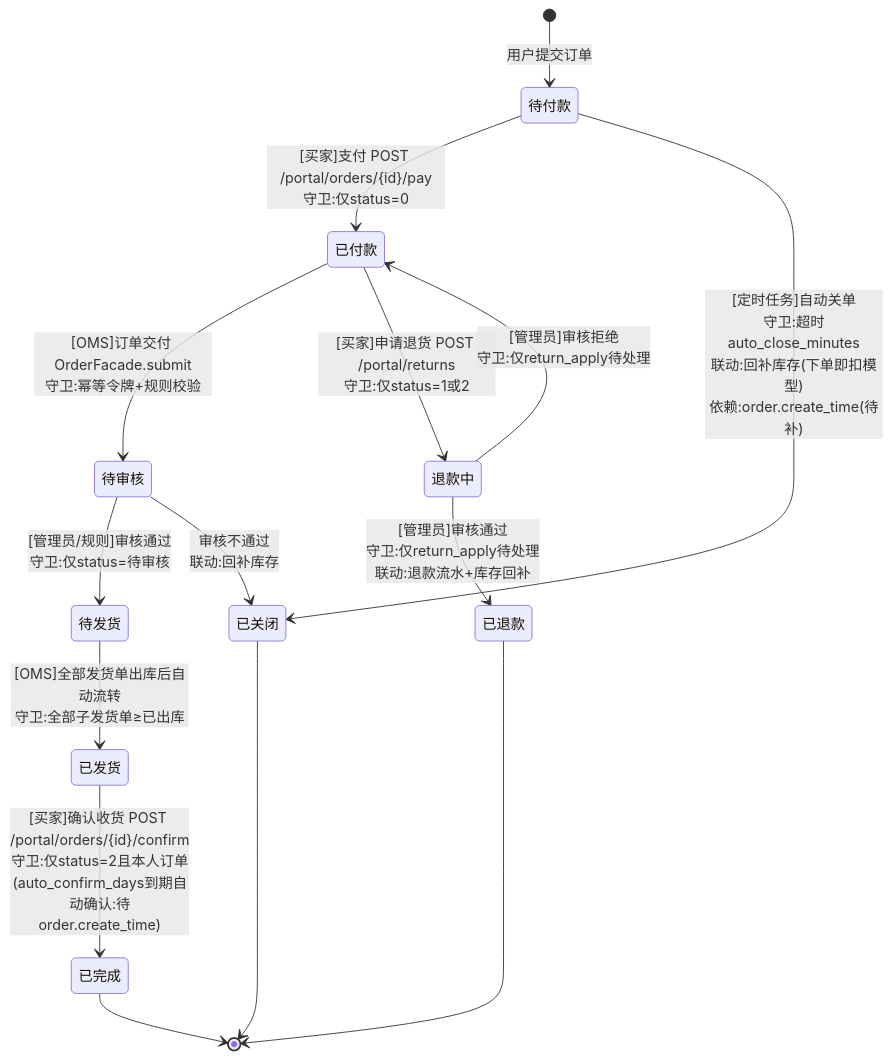
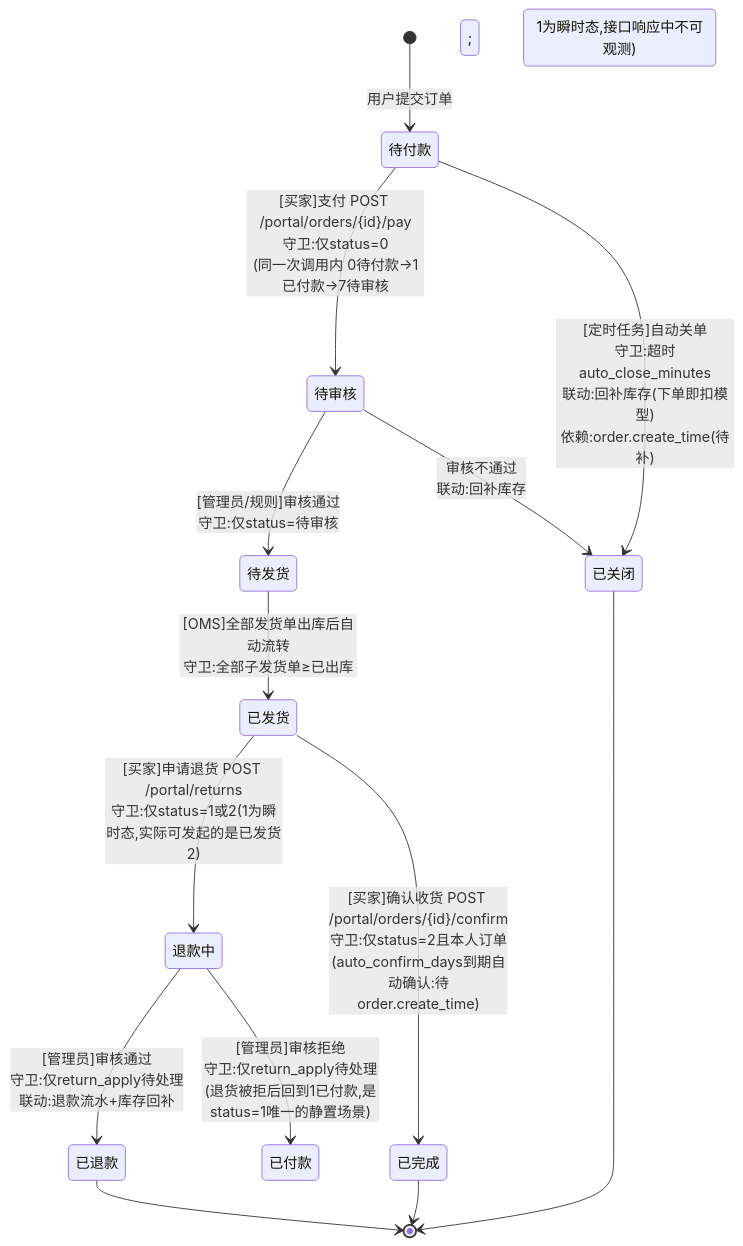
One commit to zzy-repo/qiqi-mall changed the diagram in docs/flows/04-状态机与修复/1-订单状态图.mmd. Above: the diagram before and after it, drawn with Mermaid. The commit also changed 7 other files, not shown here.

Commit message:
docs: 状态机/场景图文案对齐口径②（支付后直接进待审核，1已付款为瞬时态）+ 走查脚本预期同步 + 三张图重渲染

```diff
--- a/docs/flows/04-状态机与修复/1-订单状态图.mmd
+++ b/docs/flows/04-状态机与修复/1-订单状态图.mmd
@@ -1,15 +1,14 @@
 stateDiagram-v2
     [*] --> 待付款 : 用户提交订单
-    待付款 --> 已付款 : [买家]支付 POST /portal/orders/{id}/pay<br/>守卫:仅status=0
+    待付款 --> 待审核 : [买家]支付 POST /portal/orders/{id}/pay<br/>守卫:仅status=0<br/>(同一次调用内 0待付款→1已付款→7待审核; 1为瞬时态,接口响应中不可观测)
     待付款 --> 已关闭 : [定时任务]自动关单<br/>守卫:超时auto_close_minutes<br/>联动:回补库存(下单即扣模型)<br/>依赖:order.create_time(待补)
-    已付款 --> 待审核 : [OMS]订单交付 OrderFacade.submit<br/>守卫:幂等令牌+规则校验
     待审核 --> 待发货 : [管理员/规则]审核通过<br/>守卫:仅status=待审核
     待审核 --> 已关闭 : 审核不通过<br/>联动:回补库存
     待发货 --> 已发货 : [OMS]全部发货单出库后自动流转<br/>守卫:全部子发货单≥已出库
-    已付款 --> 退款中 : [买家]申请退货 POST /portal/returns<br/>守卫:仅status=1或2
+    已发货 --> 退款中 : [买家]申请退货 POST /portal/returns<br/>守卫:仅status=1或2(1为瞬时态,实际可发起的是已发货2)
     已发货 --> 已完成 : [买家]确认收货 POST /portal/orders/{id}/confirm<br/>守卫:仅status=2且本人订单<br/>(auto_confirm_days到期自动确认:待order.create_time)
     已完成 --> [*]
     已关闭 --> [*]
     退款中 --> 已退款 : [管理员]审核通过<br/>守卫:仅return_apply待处理<br/>联动:退款流水+库存回补
-    退款中 --> 已付款 : [管理员]审核拒绝<br/>守卫:仅return_apply待处理
+    退款中 --> 已付款 : [管理员]审核拒绝<br/>守卫:仅return_apply待处理<br/>(退货被拒后回到1已付款,是status=1唯一的静置场景)
     已退款 --> [*]
```
